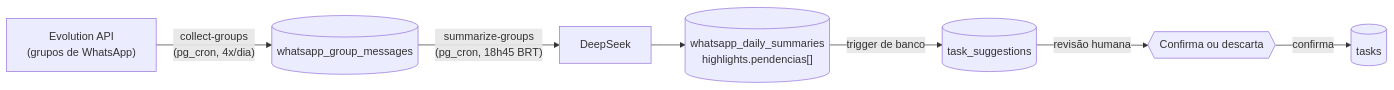
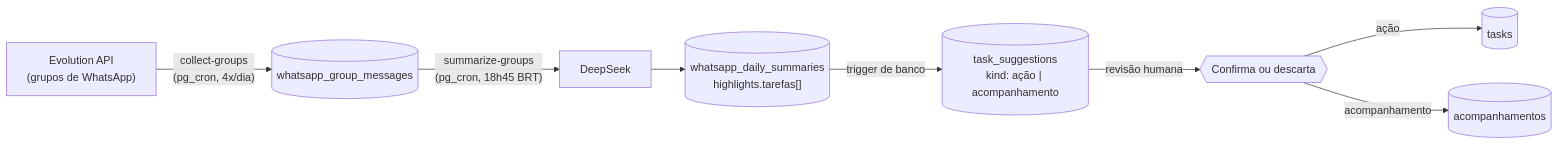
One commit to g4bs2006/Clinic-Control changed the third of 6 diagrams in README.md. Above: the diagram before and after it, drawn with Mermaid. The commit also changed other lines of this file, not shown here.

````diff
--- a/README.md
+++ b/README.md
@@ -147,9 +155,10 @@
 ```mermaid
 flowchart LR
     Evolution["Evolution API<br/>(grupos de WhatsApp)"] -->|"collect-groups<br/>(pg_cron, 4x/dia)"| Raw[("whatsapp_group_messages")]
     Raw -->|"summarize-groups<br/>(pg_cron, 18h45 BRT)"| DeepSeek1["DeepSeek"]
-    DeepSeek1 --> Summaries[("whatsapp_daily_summaries<br/>highlights.pendencias[]")]
-    Summaries -->|trigger de banco| Suggestions[("task_suggestions")]
+    DeepSeek1 --> Summaries[("whatsapp_daily_summaries<br/>highlights.tarefas[]")]
+    Summaries -->|trigger de banco| Suggestions[("task_suggestions<br/>kind: ação | acompanhamento")]
     Suggestions -->|revisão humana| Decision{{"Confirma ou descarta"}}
-    Decision -->|confirma| Tasks[("tasks")]
+    Decision -->|ação| Tasks[("tasks")]
+    Decision -->|acompanhamento| Acomp[("acompanhamentos")]
 ```
````
